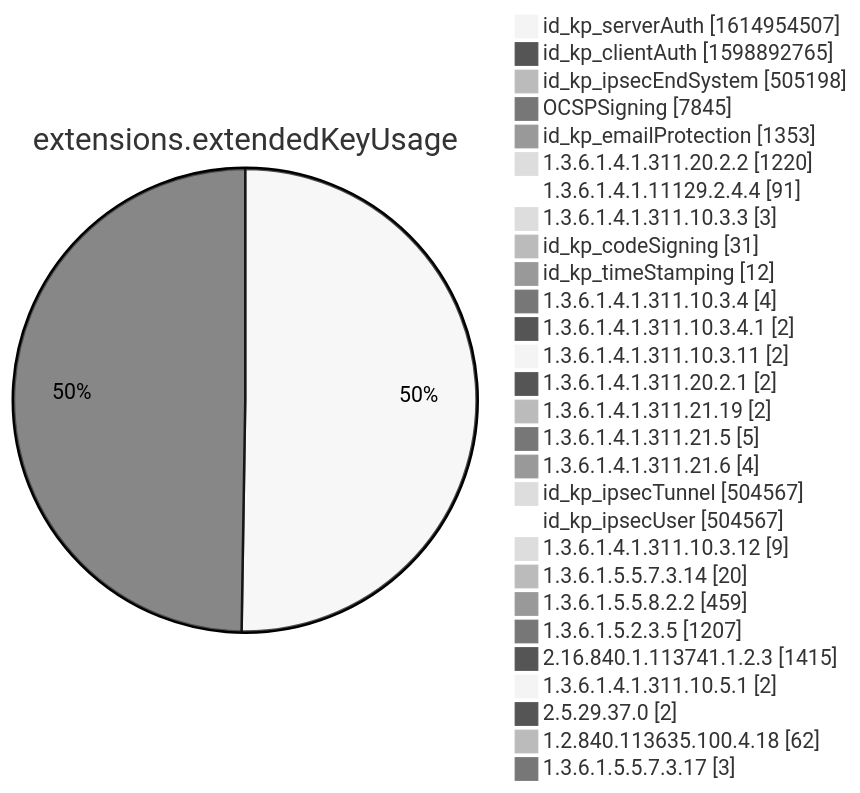
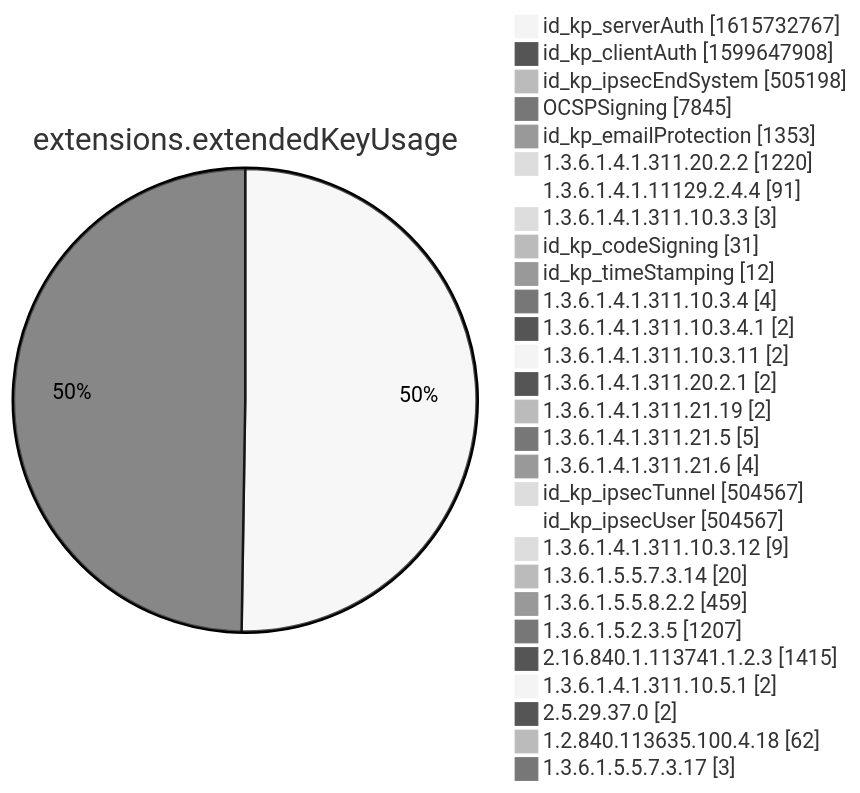
One commit to christiankrug/ctmonitor_visualization changed diagram 12 of 15 in xenon2022/README.md. Above: the diagram before and after it, drawn with Mermaid (neutral theme). The commit also changed other lines of this file, not shown here.

````diff
--- a/xenon2022/README.md
+++ b/xenon2022/README.md
@@ -3885,32 +3885,32 @@
 ```mermaid
 pie showData
 title extensions.extendedKeyUsage
-"id_kp_serverAuth" :1614954507
-"id_kp_clientAuth" :1598892765
+"id_kp_serverAuth" :1615732767
+"id_kp_clientAuth" :1599647908
 "id_kp_ipsecEndSystem" :505198
 "OCSPSigning" :7845
 "id_kp_emailProtection" :1353
 "1.3.6.1.4.1.311.20.2.2" :1220
 "1.3.6.1.4.1.11129.2.4.4" :91
 "1.3.6.1.4.1.311.10.3.3" :3
 "id_kp_codeSigning" :31
 "id_kp_timeStamping" :12
 "1.3.6.1.4.1.311.10.3.4" :4
 "1.3.6.1.4.1.311.10.3.4.1" :2
 "1.3.6.1.4.1.311.10.3.11" :2
 "1.3.6.1.4.1.311.20.2.1" :2
 "1.3.6.1.4.1.311.21.19" :2
 "1.3.6.1.4.1.311.21.5" :5
 "1.3.6.1.4.1.311.21.6" :4
 "id_kp_ipsecTunnel" :504567
 "id_kp_ipsecUser" :504567
 "1.3.6.1.4.1.311.10.3.12" :9
 "1.3.6.1.5.5.7.3.14" :20
 "1.3.6.1.5.5.8.2.2" :459
 "1.3.6.1.5.2.3.5" :1207
 "2.16.840.1.113741.1.2.3" :1415
 "1.3.6.1.4.1.311.10.5.1" :2
 "2.5.29.37.0" :2
 "1.2.840.113635.100.4.18" :62
 "1.3.6.1.5.5.7.3.17" :3
 ```
````
